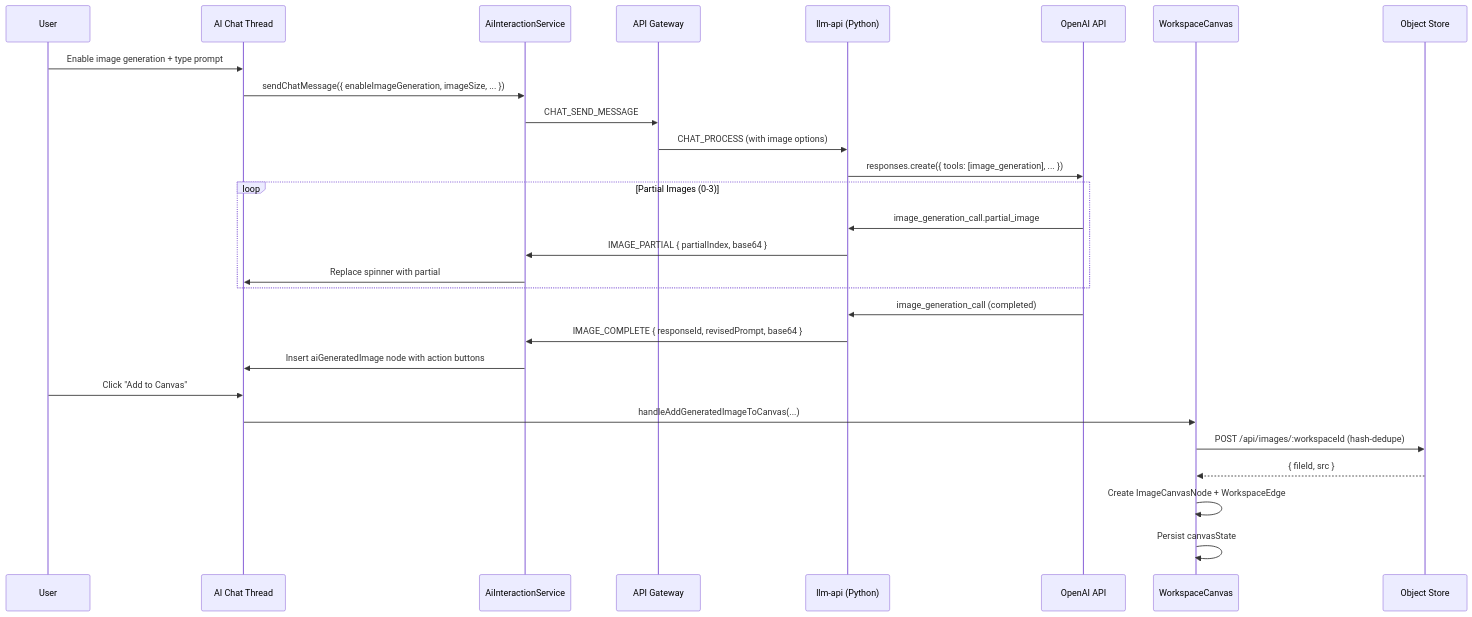
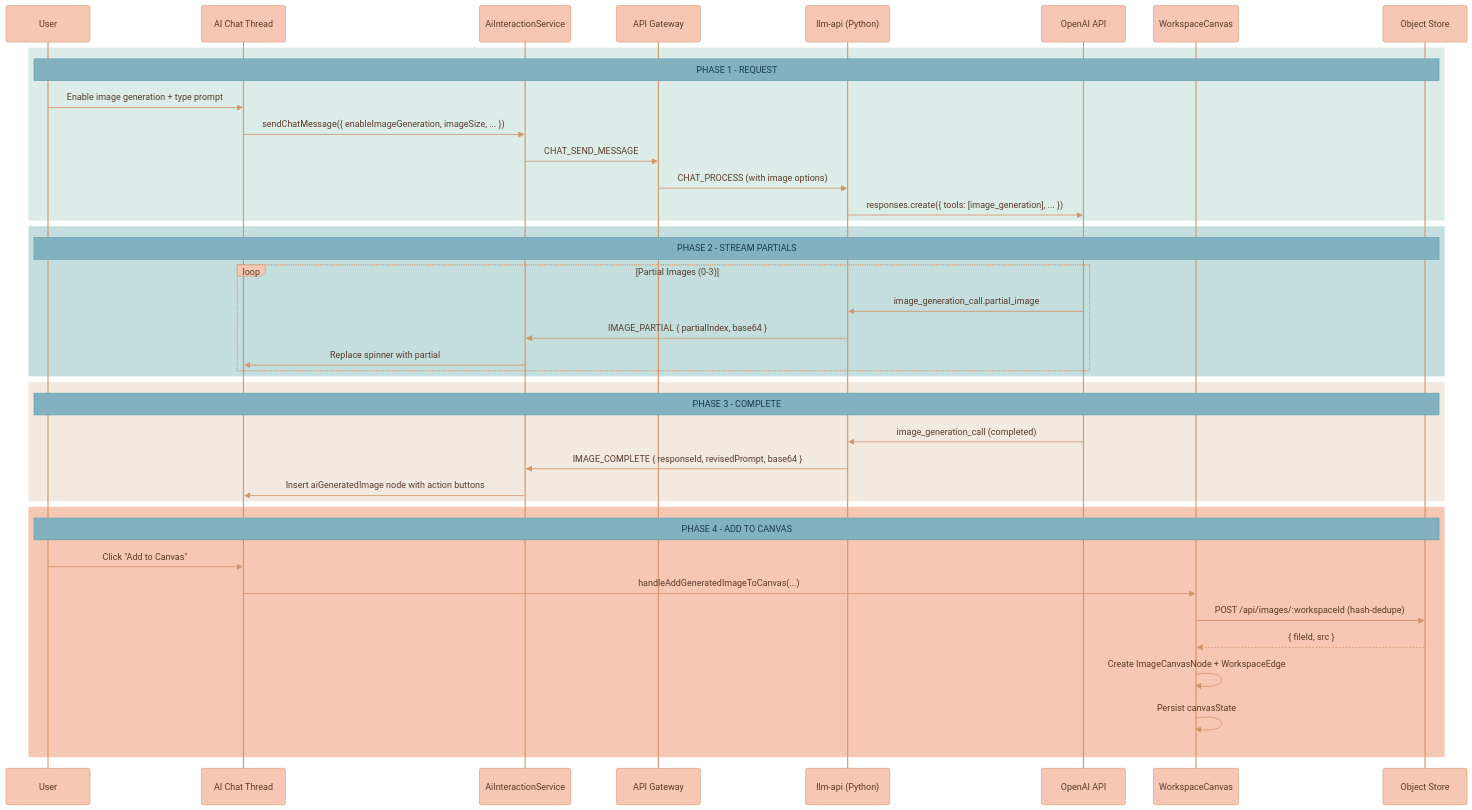
One commit to Lixpi/lixpi changed diagram 17 of 17 in documentation/features/WORKSPACE-FEATURE.md. Above: the diagram before and after it, drawn with Mermaid. The commit also changed other lines of this file and 27 other files, not shown here.

````diff
--- a/documentation/features/WORKSPACE-FEATURE.md
+++ b/documentation/features/WORKSPACE-FEATURE.md
@@ -794,34 +976,58 @@
 ```mermaid
+%%{init: {'theme': 'base', 'themeVariables': { 'noteBkgColor': '#82B2C0', 'noteTextColor': '#1a3a47', 'noteBorderColor': '#5a9aad', 'actorBkg': '#F6C7B3', 'actorBorder': '#d4956a', 'actorTextColor': '#5a3a2a', 'actorLineColor': '#d4956a', 'signalColor': '#d4956a', 'signalTextColor': '#5a3a2a', 'labelBoxBkgColor': '#F6C7B3', 'labelBoxBorderColor': '#d4956a', 'labelTextColor': '#5a3a2a', 'loopTextColor': '#5a3a2a', 'activationBorderColor': '#d4956a', 'activationBkgColor': '#C3DEDD', 'sequenceNumberColor': '#5a3a2a'}}}%%
 sequenceDiagram
     participant User
     participant Thread as AI Chat Thread
     participant AIS as AiInteractionService
     participant API as API Gateway
     participant LLM as llm-api (Python)
     participant OpenAI as OpenAI API
     participant Canvas as WorkspaceCanvas
     participant Storage as Object Store
-
-    User->>Thread: Enable image generation + type prompt
-    Thread->>AIS: sendChatMessage({ enableImageGeneration, imageSize, ... })
-    AIS->>API: CHAT_SEND_MESSAGE
-    API->>LLM: CHAT_PROCESS (with image options)
-    LLM->>OpenAI: responses.create({ tools: [image_generation], ... })
-
-    loop Partial Images (0-3)
-        OpenAI->>LLM: image_generation_call.partial_image
-        LLM->>AIS: IMAGE_PARTIAL { partialIndex, base64 }
-        AIS->>Thread: Replace spinner with partial
+    %% ═══════════════════════════════════════════════════════════════
+    %% PHASE 1: REQUEST
+    %% ═══════════════════════════════════════════════════════════════
+    rect rgb(220, 236, 233)
+        Note over User, Storage: PHASE 1 - REQUEST
+        User->>Thread: Enable image generation + type prompt
+        Thread->>AIS: sendChatMessage({ enableImageGeneration, imageSize, ... })
+        AIS->>API: CHAT_SEND_MESSAGE
+        API->>LLM: CHAT_PROCESS (with image options)
+        LLM->>OpenAI: responses.create({ tools: [image_generation], ... })
     end
 
-    OpenAI->>LLM: image_generation_call (completed)
-    LLM->>AIS: IMAGE_COMPLETE { responseId, revisedPrompt, base64 }
-    AIS->>Thread: Insert aiGeneratedImage node with action buttons
+    %% ═══════════════════════════════════════════════════════════════
+    %% PHASE 2: STREAM PARTIALS
+    %% ═══════════════════════════════════════════════════════════════
+    rect rgb(195, 222, 221)
+        Note over User, Storage: PHASE 2 - STREAM PARTIALS
+        loop Partial Images (0-3)
+            OpenAI->>LLM: image_generation_call.partial_image
+            LLM->>AIS: IMAGE_PARTIAL { partialIndex, base64 }
+            AIS->>Thread: Replace spinner with partial
+        end
+    end
 
-    User->>Thread: Click "Add to Canvas"
-    Thread->>Canvas: handleAddGeneratedImageToCanvas(...)
-    Canvas->>Storage: POST /api/images/:workspaceId (hash-dedupe)
-    Storage-->>Canvas: { fileId, src }
-    Canvas->>Canvas: Create ImageCanvasNode + WorkspaceEdge
-    Canvas->>Canvas: Persist canvasState
+    %% ═══════════════════════════════════════════════════════════════
+    %% PHASE 3: COMPLETE
+    %% ═══════════════════════════════════════════════════════════════
+    rect rgb(242, 234, 224)
+        Note over User, Storage: PHASE 3 - COMPLETE
+        OpenAI->>LLM: image_generation_call (completed)
+        LLM->>AIS: IMAGE_COMPLETE { responseId, revisedPrompt, base64 }
+        AIS->>Thread: Insert aiGeneratedImage node with action buttons
+    end
+
+    %% ═══════════════════════════════════════════════════════════════
+    %% PHASE 4: ADD TO CANVAS
+    %% ═══════════════════════════════════════════════════════════════
+    rect rgb(246, 199, 179)
+        Note over User, Storage: PHASE 4 - ADD TO CANVAS
+        User->>Thread: Click "Add to Canvas"
+        Thread->>Canvas: handleAddGeneratedImageToCanvas(...)
+        Canvas->>Storage: POST /api/images/:workspaceId (hash-dedupe)
+        Storage-->>Canvas: { fileId, src }
+        Canvas->>Canvas: Create ImageCanvasNode + WorkspaceEdge
+        Canvas->>Canvas: Persist canvasState
+    end
 ```
````
